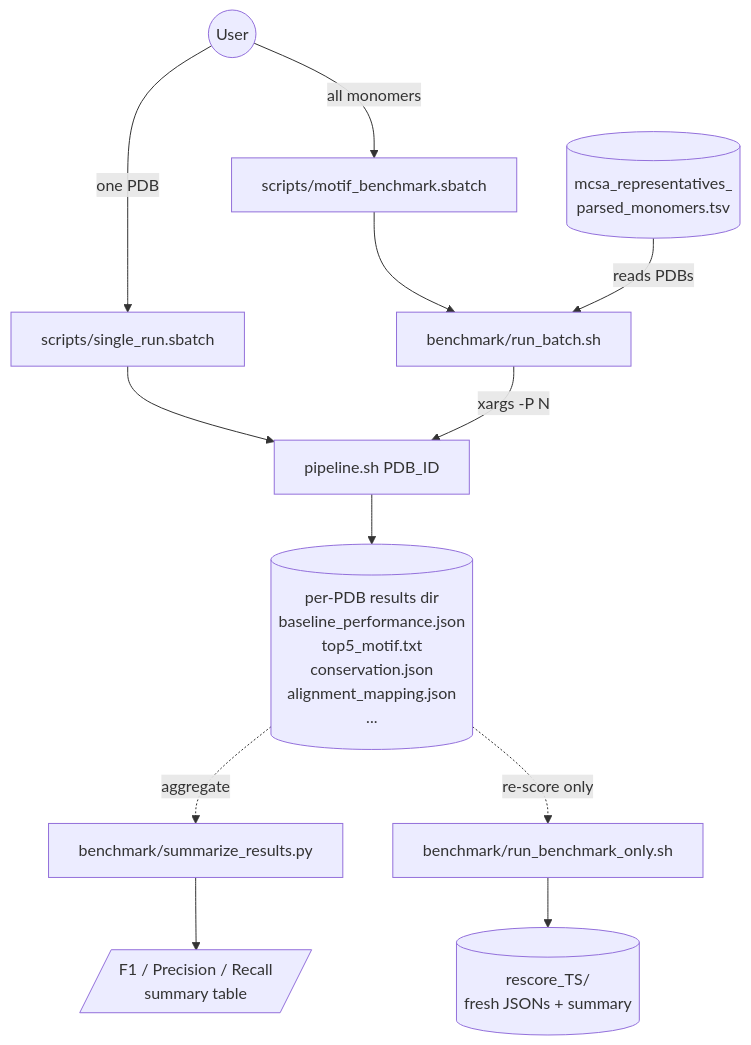
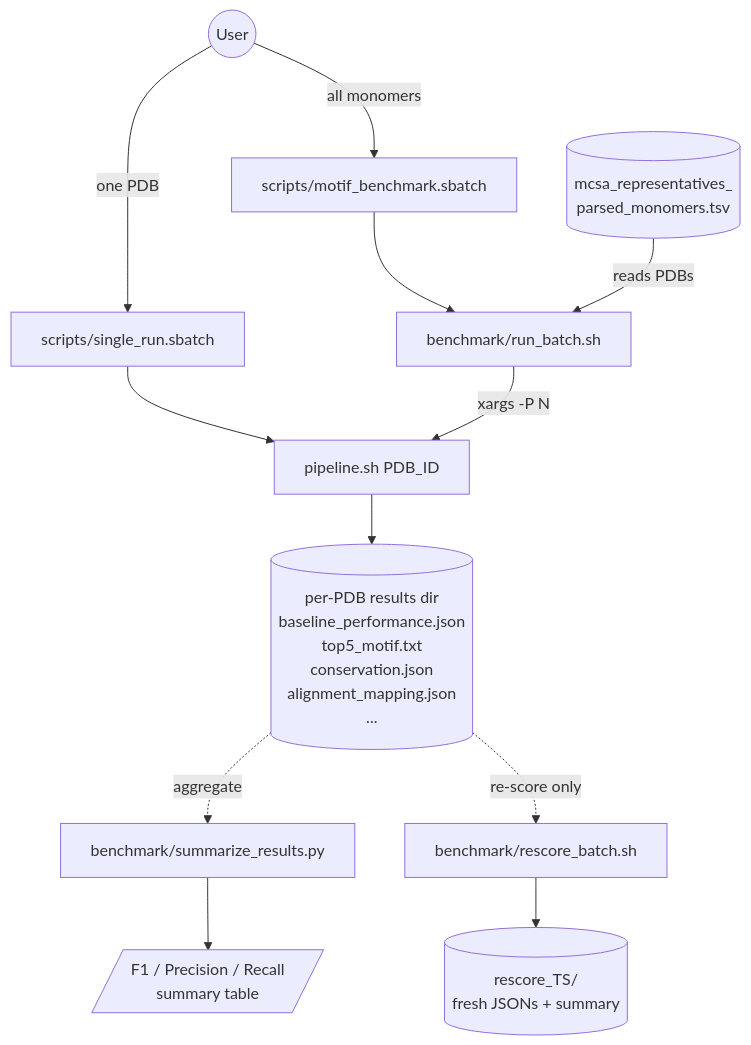
One commit to snjlee58/motif-discovery changed the first of 2 diagrams in docs/workflow.md. Above: the diagram before and after it, drawn with Mermaid. The commit also changed 3 other files, not shown here.

````diff
--- a/docs/workflow.md
+++ b/docs/workflow.md
@@ -12,20 +12,20 @@
 ```mermaid
 flowchart TD
     User((User))
     User -->|one PDB| SR[scripts/single_run.sbatch]
     User -->|all monomers| MB[scripts/motif_benchmark.sbatch]
 
     SR --> PS[pipeline.sh PDB_ID]
 
     MB --> RB[benchmark/run_batch.sh]
     TSV[(mcsa_representatives_<br/>parsed_monomers.tsv)] -->|reads PDBs| RB
     RB -->|xargs -P N| PS
 
     PS --> Out[(per-PDB results dir<br/>baseline_performance.json<br/>top5_motif.txt<br/>conservation.json<br/>alignment_mapping.json<br/>...)]
 
     Out -.aggregate.-> SR2[benchmark/summarize_results.py]
-    Out -.re-score only.-> RBO[benchmark/run_benchmark_only.sh]
+    Out -.re-score only.-> RBO[benchmark/rescore_batch.sh]
 
     SR2 --> Table[/F1 / Precision / Recall<br/>summary table/]
     RBO --> RescoreOut[(rescore_TS/<br/>fresh JSONs + summary)]
 ```
````
